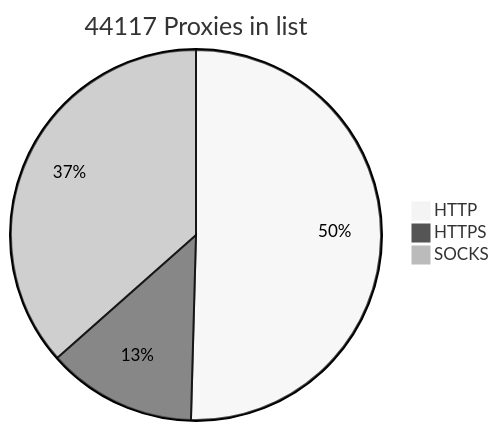
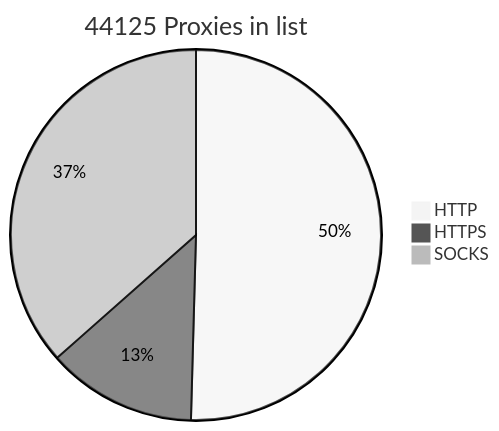
Before and after one commit to BlackSnowDot/proxylist-update-every-minute: the diagram in README.md, drawn with Mermaid (neutral theme).

````diff
--- a/README.md
+++ b/README.md
@@ -2,6 +2,6 @@
 ```mermaid
-pie title 44117 Proxies in list
-    "HTTP" : 24813
-    "HTTPS": 6411
+pie title 44125 Proxies in list
+    "HTTP" : 24817
+    "HTTPS": 6415
     "SOCKS" : 17974
 ```
````
